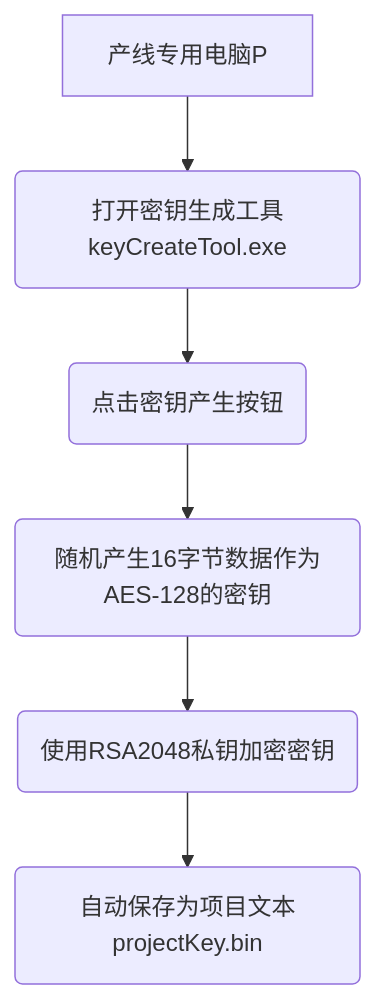
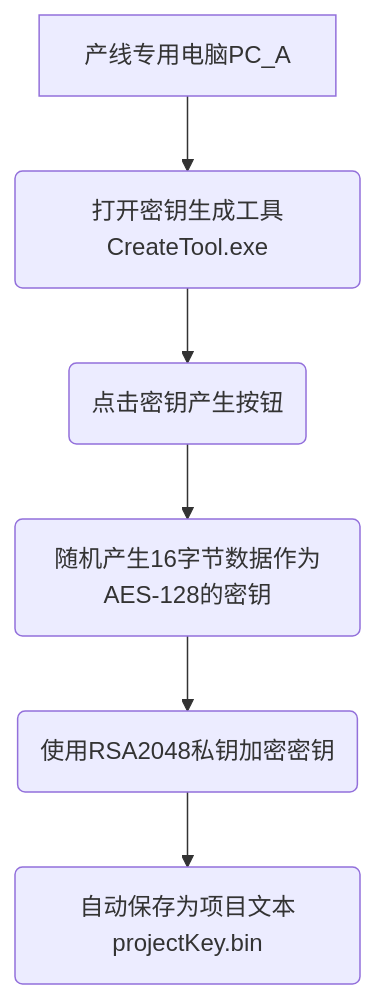
One commit to facebook-cloud/iodraw-files changed the diagram in all/未命名-9.md. Above: the diagram before and after it, drawn with Mermaid.

Commit message:
2026-01-06 20:36:48 update

````diff
--- a/all/未命名-9.md
+++ b/all/未命名-9.md
@@ -1,9 +1,9 @@
 ```mermaid
 graph TD
-    A[产线专用电脑P] --> B(打开密钥生成工具keyCreateTool.exe)
+    A[产线专用电脑PC_A] --> B(打开密钥生成工具CreateTool.exe)
     B --> C(点击密钥产生按钮)
     C --> D(随机产生16字节数据作为AES-128的密钥)
     D --> E(使用RSA2048私钥加密密钥)
     E --> F(自动保存为项目文本projectKey.bin)
 
 ```
````
